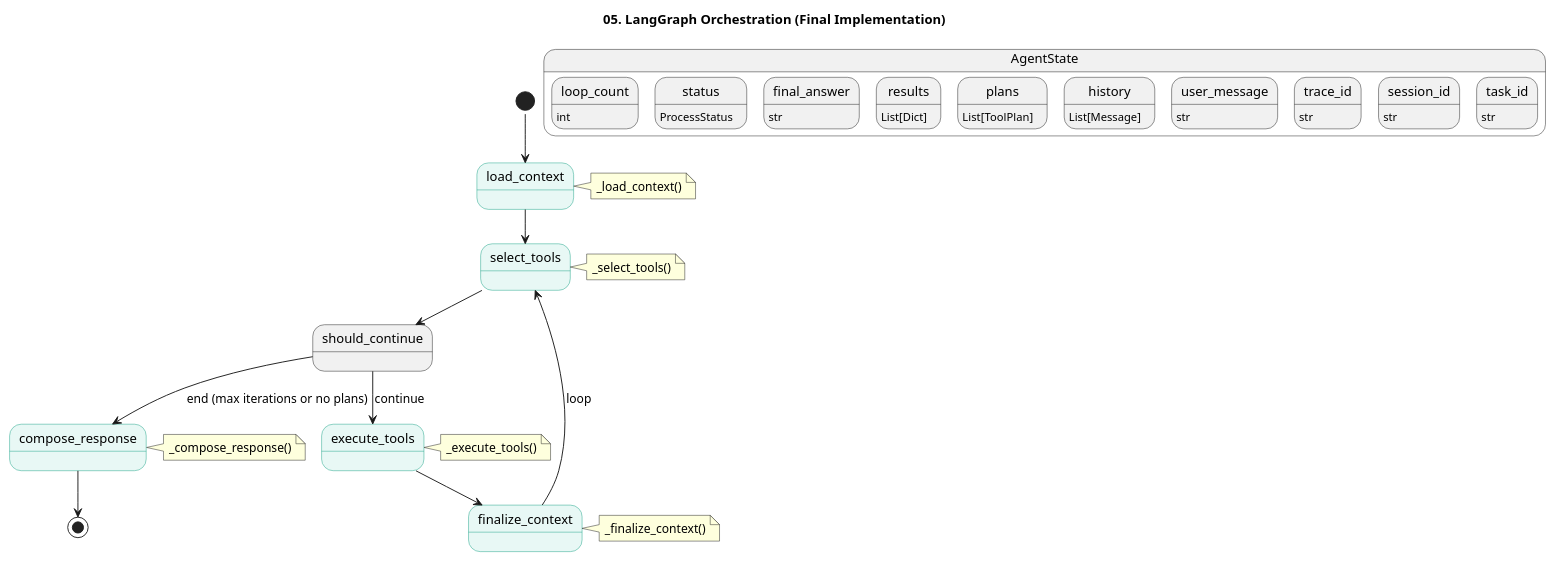
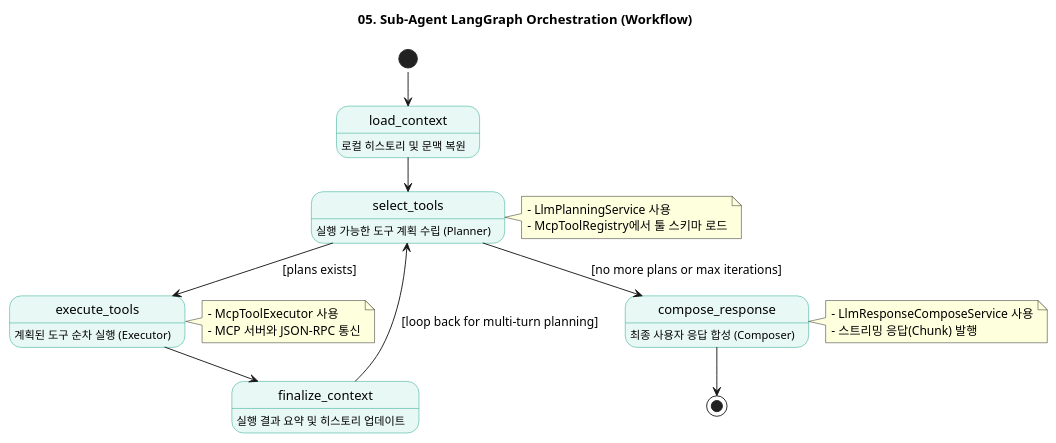
The diagram in a2a-subagent-architecture/05-langgraph-orchestration.puml (kim57uak/smart-supervisor-sub-agent), drawn with PlantUML before and after one commit. The commit also changed 33 other files, not shown here.

```diff
--- a/a2a-subagent-architecture/05-langgraph-orchestration.puml
+++ b/a2a-subagent-architecture/05-langgraph-orchestration.puml
@@ -1,42 +1,42 @@
 @startuml
 !pragma layout smetana
-title 05. LangGraph Orchestration (Final Implementation)
+title 05. Sub-Agent LangGraph Orchestration (Workflow)
 
 skinparam shadowing false
 skinparam state {
   BackgroundColor<<Node>> #E8F8F5
   BorderColor<<Node>> #16A085
 }
 
-state "AgentState" as State {
-  task_id: str
-  session_id: str
-  trace_id: str
-  user_message: str
-  history: List[Message]
-  plans: List[ToolPlan]
-  results: List[Dict]
-  final_answer: str
-  status: ProcessStatus
-  loop_count: int
-}
+state "load_context" as LoadContext <<Node>> : 로컬 히스토리 및 문맥 복원
+state "select_tools" as SelectTools <<Node>> : 실행 가능한 도구 계획 수립 (Planner)
+state "execute_tools" as ExecuteTools <<Node>> : 계획된 도구 순차 실행 (Executor)
+state "finalize_context" as FinalizeContext <<Node>> : 실행 결과 요약 및 히스토리 업데이트
+state "compose_response" as ComposeResponse <<Node>> : 최종 사용자 응답 합성 (Composer)
 
-[*] --> load_context
-load_context <<Node>> --> select_tools
-select_tools <<Node>> --> should_continue <<choice>>
+[*] --> LoadContext
+LoadContext --> SelectTools
 
-should_continue --> execute_tools : continue
-should_continue --> compose_response : end (max iterations or no plans)
+SelectTools --> ExecuteTools : [plans exists]
+SelectTools --> ComposeResponse : [no more plans or max iterations]
 
-execute_tools <<Node>> --> finalize_context
-finalize_context <<Node>> --> select_tools : loop
+ExecuteTools --> FinalizeContext
+FinalizeContext --> SelectTools : [loop back for multi-turn planning]
 
-compose_response <<Node>> --> [*]
+ComposeResponse --> [*]
 
-note right of load_context: _load_context()
-note right of select_tools: _select_tools()
-note right of execute_tools: _execute_tools()
-note right of finalize_context: _finalize_context()
-note right of compose_response: _compose_response()
+note right of SelectTools
+  - LlmPlanningService 사용
+  - McpToolRegistry에서 툴 스키마 로드
+end note
 
+note right of ExecuteTools
+  - McpToolExecutor 사용
+  - MCP 서버와 JSON-RPC 통신
+end note
+
+note right of ComposeResponse
+  - LlmResponseComposeService 사용
+  - 스트리밍 응답(Chunk) 발행
+end note
 @enduml
```
